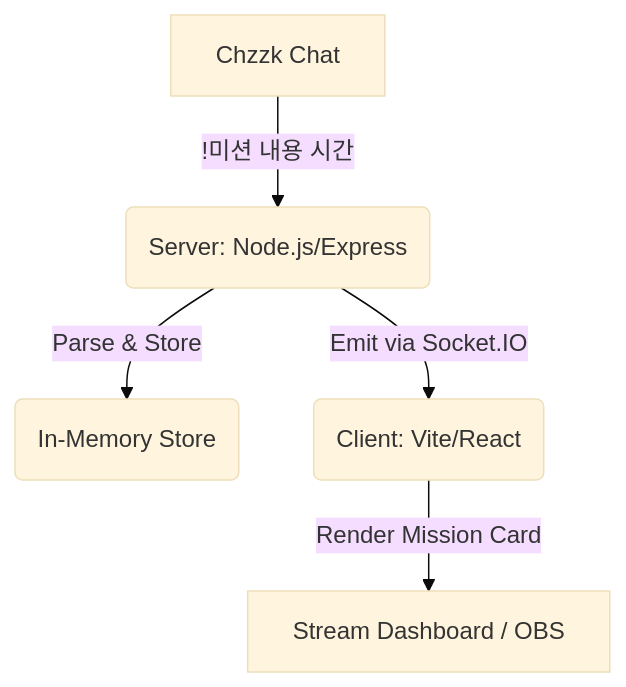
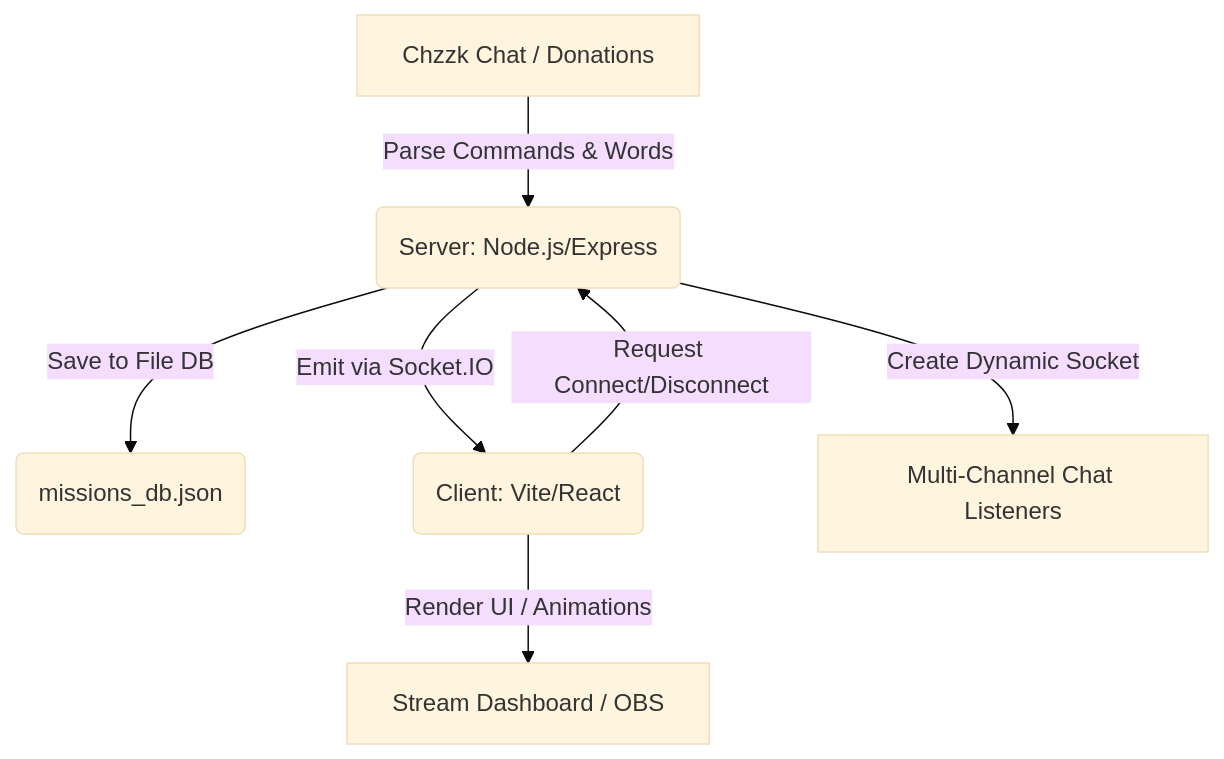
Before and after one commit to narasaki51/Chatbot: the diagram in README.md, drawn with Mermaid (base theme). The commit also changed other lines of this file and 2338 other files, not shown here.

````diff
--- a/README.md
+++ b/README.md
@@ -7,7 +7,9 @@
 ```mermaid
 graph TD
-    A[Chzzk Chat] -->|!미션 내용 시간| B(Server: Node.js/Express)
-    B -->|Parse & Store| C(In-Memory Store)
+    A[Chzzk Chat / Donations] -->|Parse Commands & Words| B(Server: Node.js/Express)
+    B -->|Save to File DB| C(missions_db.json)
     B -->|Emit via Socket.IO| D(Client: Vite/React)
-    D -->|Render Mission Card| E[Stream Dashboard / OBS]
+    D -->|Render UI / Animations| E[Stream Dashboard / OBS]
+    D -->|Request Connect/Disconnect| B
+    B -->|Create Dynamic Socket| F[Multi-Channel Chat Listeners]
 ```
````
